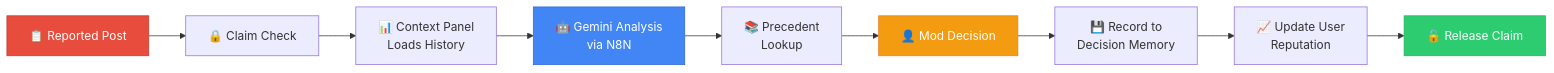
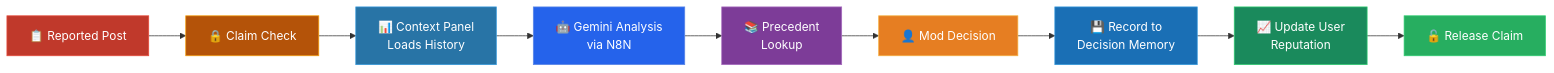
The eighth of 10 diagrams in README.md (Anbu-00001/Context_hunting), drawn with Mermaid before and after one commit. The commit also changed other lines of this file, not shown here.

Commit message:
fix: dark mode visibility — all Mermaid nodes now have explicit bright fills, light strokes, and white text

````diff
--- a/README.md
+++ b/README.md
@@ -214,16 +237,21 @@
 ```mermaid
 flowchart LR
     A["📋 Reported Post"] --> B["🔒 Claim Check"]
     B --> C["📊 Context Panel\nLoads History"]
     C --> D["🤖 Gemini Analysis\nvia N8N"]
     D --> E["📚 Precedent\nLookup"]
     E --> F["👤 Mod Decision"]
     F --> G["💾 Record to\nDecision Memory"]
     G --> H["📈 Update User\nReputation"]
     H --> I["🔓 Release Claim"]
 
-    style A fill:#e74c3c,stroke:#c0392b,color:#fff
-    style D fill:#4285f4,stroke:#3367d6,color:#fff
-    style F fill:#f39c12,stroke:#e67e22,color:#fff
-    style I fill:#2ecc71,stroke:#27ae60,color:#fff
+    style A fill:#c0392b,stroke:#e74c3c,color:#fff
+    style B fill:#b45309,stroke:#f59e0b,color:#fff
+    style C fill:#2874a6,stroke:#3498db,color:#fff
+    style D fill:#2563eb,stroke:#5b86e5,color:#fff
+    style E fill:#7d3c98,stroke:#a569bd,color:#fff
+    style F fill:#e67e22,stroke:#f5b041,color:#fff
+    style G fill:#1a6fb5,stroke:#3498db,color:#fff
+    style H fill:#1a8a5c,stroke:#2ecc71,color:#fff
+    style I fill:#27ae60,stroke:#2ecc71,color:#fff
 ```
````
